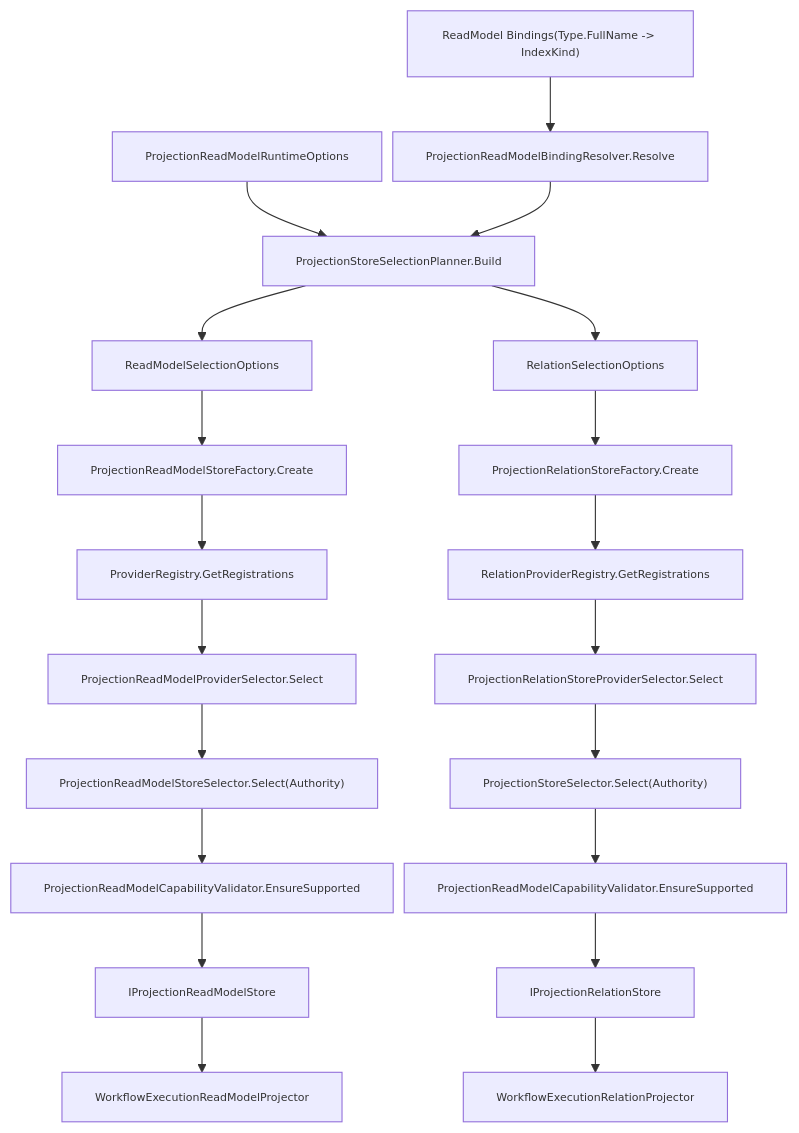
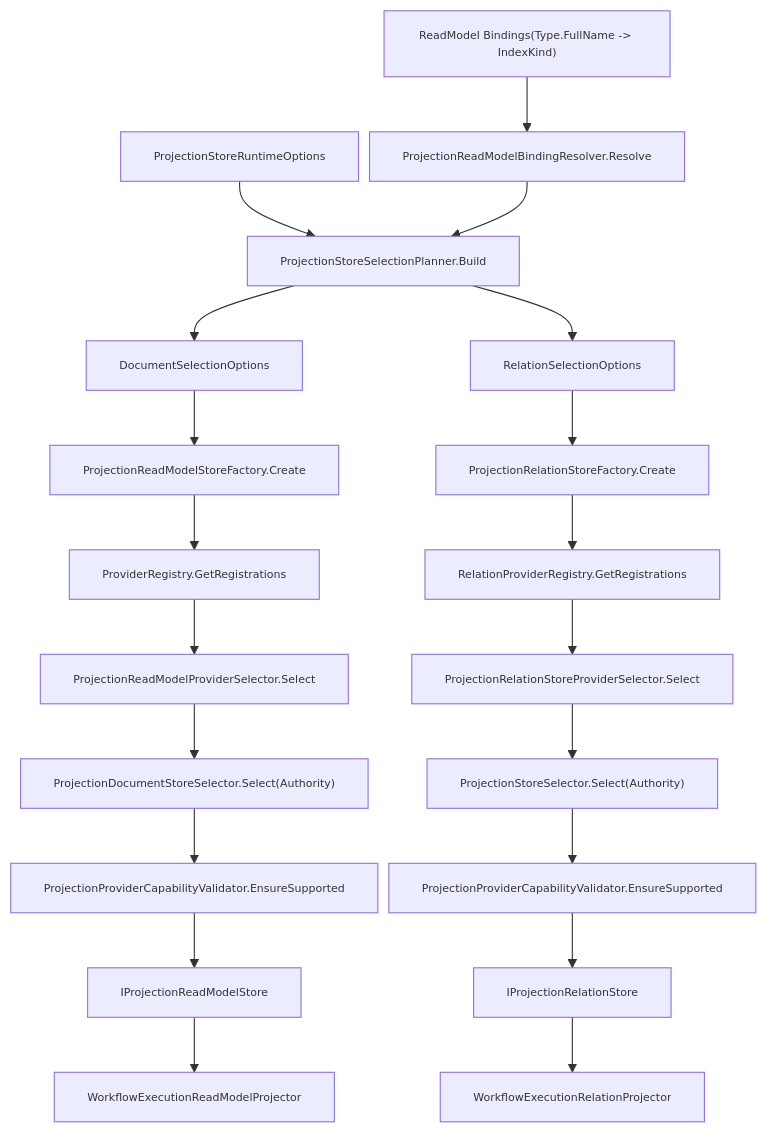
One commit to aevatarAI/aevatar changed the second of 2 diagrams in docs/audit-scorecard/projection-readmodel-scorecard-2026-02-24.md. Above: the diagram before and after it, drawn with Mermaid. The commit also changed other lines of this file and 178 other files, not shown here.

First line of the commit message:
Enhance Projection Architecture with New Runtime Abstractions and Provider Updates

````diff
--- a/docs/audit-scorecard/projection-readmodel-scorecard-2026-02-24.md
+++ b/docs/audit-scorecard/projection-readmodel-scorecard-2026-02-24.md
@@ -179,25 +179,25 @@
 ```mermaid
 %%{init: {"maxTextSize": 100000, "flowchart": {"useMaxWidth": false, "nodeSpacing": 10, "rankSpacing": 50}, "themeVariables": {"fontSize": "10px"}}}%%
 flowchart TB
-    O1["ProjectionReadModelRuntimeOptions"] --> P1["ProjectionStoreSelectionPlanner.Build"]
-    P1 --> P2["ReadModelSelectionOptions"]
+    O1["ProjectionStoreRuntimeOptions"] --> P1["ProjectionStoreSelectionPlanner.Build"]
+    P1 --> P2["DocumentSelectionOptions"]
     P1 --> P3["RelationSelectionOptions"]
     O2["ReadModel Bindings(Type.FullName -> IndexKind)"] --> B1["ProjectionReadModelBindingResolver.Resolve"] --> P1
 
     P2 --> F1["ProjectionReadModelStoreFactory.Create"]
     F1 --> G1["ProviderRegistry.GetRegistrations"]
     G1 --> S1["ProjectionReadModelProviderSelector.Select"]
-    S1 --> X1["ProjectionReadModelStoreSelector.Select(Authority)"]
-    X1 --> C1["ProjectionReadModelCapabilityValidator.EnsureSupported"]
+    S1 --> X1["ProjectionDocumentStoreSelector.Select(Authority)"]
+    X1 --> C1["ProjectionProviderCapabilityValidator.EnsureSupported"]
     C1 --> RM["IProjectionReadModelStore"]
 
     P3 --> F2["ProjectionRelationStoreFactory.Create"]
     F2 --> G2["RelationProviderRegistry.GetRegistrations"]
     G2 --> S2["ProjectionRelationStoreProviderSelector.Select"]
     S2 --> X2["ProjectionStoreSelector.Select(Authority)"]
-    X2 --> C2["ProjectionReadModelCapabilityValidator.EnsureSupported"]
+    X2 --> C2["ProjectionProviderCapabilityValidator.EnsureSupported"]
     C2 --> RS["IProjectionRelationStore"]
 
     RM --> V1["WorkflowExecutionReadModelProjector"]
     RS --> V2["WorkflowExecutionRelationProjector"]
 ```
````
